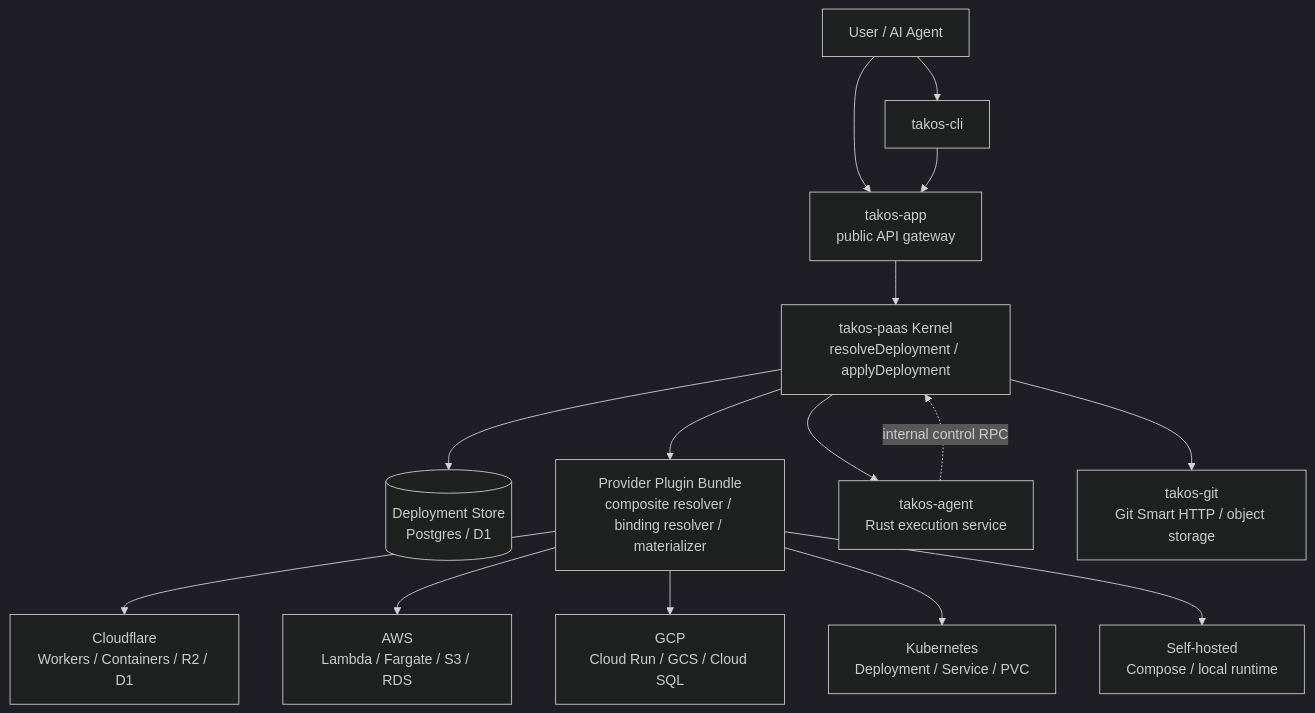
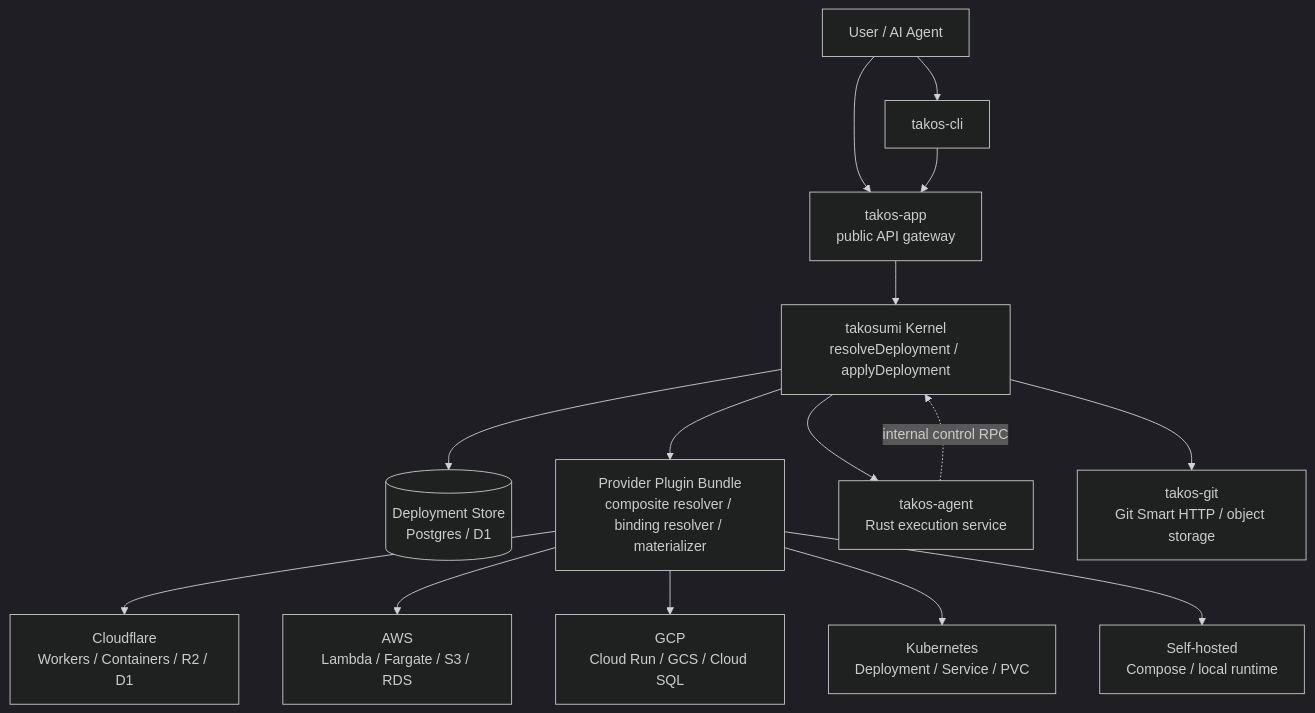
Before and after one commit to tako0614/takos: the first of 4 diagrams in docs/architecture/diagrams.md, drawn with Mermaid (dark theme). The commit also changed other lines of this file and 50 other files, not shown here.

````diff
--- a/docs/architecture/diagrams.md
+++ b/docs/architecture/diagrams.md
@@ -23,31 +23,31 @@
 ```mermaid
 graph TB
   User[User / AI Agent]
   CLI[takos-cli]
   AppGateway[takos-app<br/>public API gateway]
-  Kernel[takos-paas Kernel<br/>resolveDeployment / applyDeployment]
+  Kernel[takosumi Kernel<br/>resolveDeployment / applyDeployment]
   Storage[(Deployment Store<br/>Postgres / D1)]
   Plugin[Provider Plugin Bundle<br/>composite resolver / binding resolver / materializer]
   Agent[takos-agent<br/>Rust execution service]
   Git[takos-git<br/>Git Smart HTTP / object storage]
   CF[Cloudflare<br/>Workers / Containers / R2 / D1]
   AWS[AWS<br/>Lambda / Fargate / S3 / RDS]
   GCP[GCP<br/>Cloud Run / GCS / Cloud SQL]
   K8S[Kubernetes<br/>Deployment / Service / PVC]
   Self[Self-hosted<br/>Compose / local runtime]
 
   User --> CLI
   User --> AppGateway
   CLI --> AppGateway
   AppGateway --> Kernel
   Kernel --> Storage
   Kernel --> Plugin
   Kernel --> Agent
   Kernel --> Git
   Plugin --> CF
   Plugin --> AWS
   Plugin --> GCP
   Plugin --> K8S
   Plugin --> Self
   Agent -. internal control RPC .-> Kernel
 ```
````
